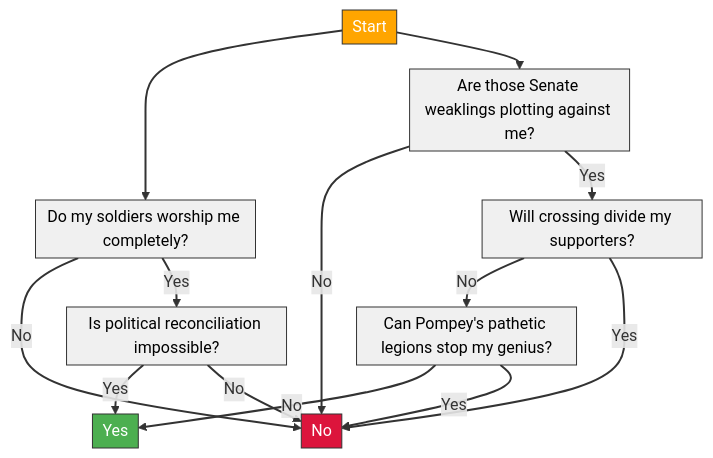
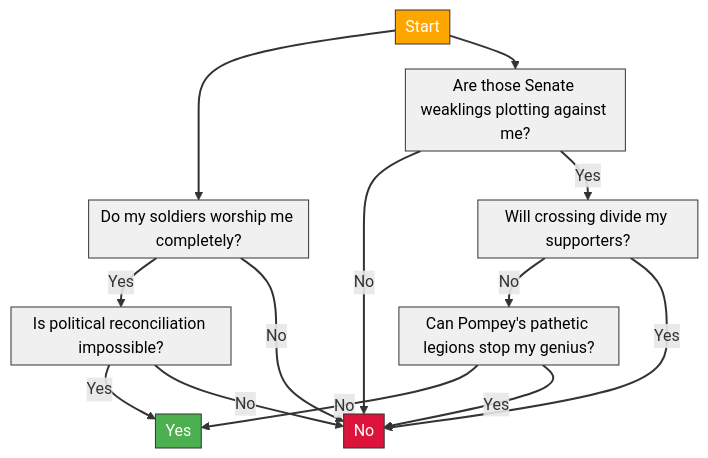
Before and after one commit to greydanus/flowchart: the diagram in README.md, drawn with Mermaid. The commit also changed other lines of this file and 1 other file, not shown here.

````diff
--- a/README.md
+++ b/README.md
@@ -53,32 +53,32 @@
 ```mermaid
 %%{init: {'flowchart': {'rankSpacing': 25, 'nodeSpacing': 50, 'padding': 5}}}%%
 flowchart TD
 Start["Start"]
+Q1["Are those Senate weaklings plotting against me?"]
+Q2["Do my soldiers worship me completely?"]
 Q5["Will crossing divide my supporters?"]
-Q2["Do my soldiers worship me completely?"]
+Q4["Can Pompey's pathetic legions stop my genius?"]
 Q3["Is political reconciliation impossible?"]
-Q4["Can Pompey's pathetic legions stop my genius?"]
-Q1["Are those Senate weaklings plotting against me?"]
 Approve["Yes"]
 Deny["No"]
 Start --> Q2
 Start --> Q1
+Q2 -->|Yes| Q3
 Q2 -->|No| Deny
+Q5 -->|No| Q4
 Q3 -->|Yes| Approve
 Q4 -->|No| Approve
+Q1 -->|No| Deny
+Q4 -->|Yes| Deny
 Q3 -->|No| Deny
-Q1 -->|No| Deny
+Q5 -->|Yes| Deny
 Q1 -->|Yes| Q5
-Q4 -->|Yes| Deny
-Q5 -->|No| Q4
-Q5 -->|Yes| Deny
-Q2 -->|Yes| Q3
 classDef default fill:#f0f0f0,stroke:#333,stroke-width:1px,color:black
 classDef start fill:#FFA500,stroke:#333,color:white
 classDef approval fill:#4CAF50,stroke:#333,color:white
 classDef rejection fill:#DC143C,stroke:#333,color:white
 class Start start
 class Approve approval
 class Deny rejection
 linkStyle default stroke:#333,stroke-width:2px
 ```
````
